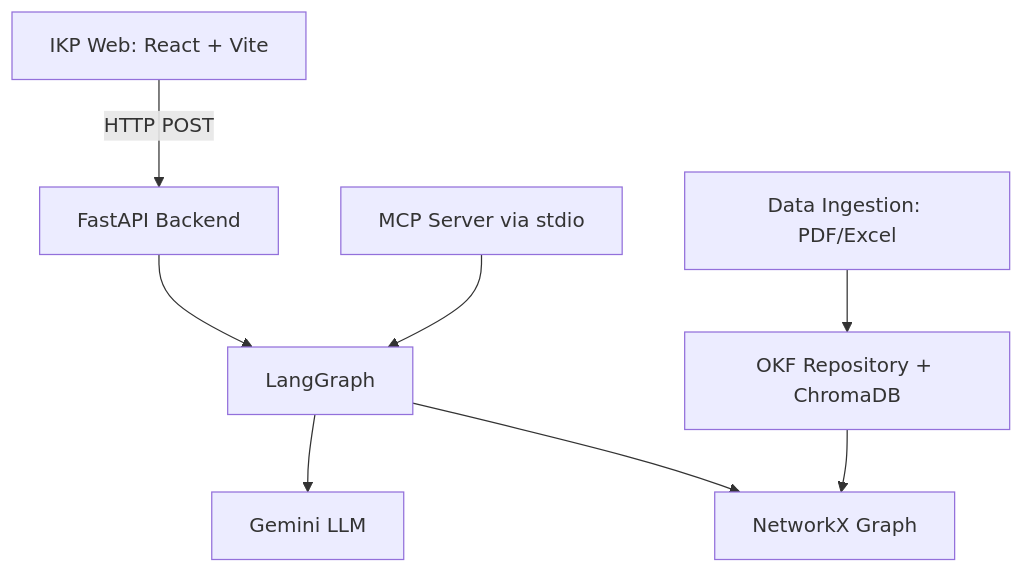
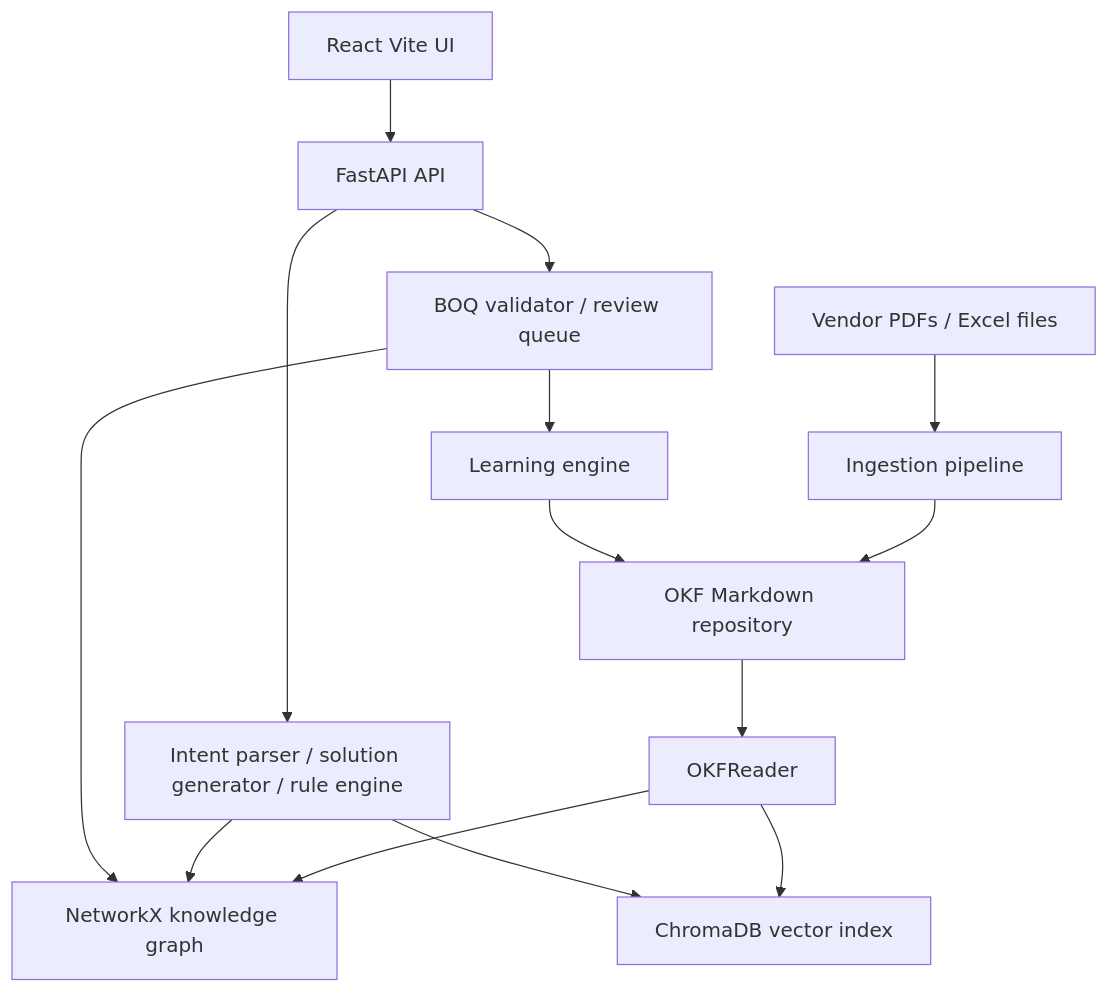
The diagram in ikp_web/public/KT_WALKTHROUGH.md (vinodhsubramanian123/vendorsolution_okf), drawn with Mermaid before and after one commit. The commit also changed other lines of this file and 78 other files, not shown here.

Commit message:
refactor: modularize ingestion pipeline with base adapters and update core platform components and documentation

````diff
--- a/ikp_web/public/KT_WALKTHROUGH.md
+++ b/ikp_web/public/KT_WALKTHROUGH.md
@@ -14,19 +24,16 @@
 ```mermaid
-graph TD
-    UI[IKP Web: React + Vite]
-    API[FastAPI Backend]
-    Workflow[LangGraph]
-    LLM[Gemini LLM]
-    Graph[NetworkX Graph]
-    Ingestion[Data Ingestion: PDF/Excel]
-    Repo[OKF Repository + ChromaDB]
-    MCP[MCP Server via stdio]
-    
-    UI -->|HTTP POST| API
-    API --> Workflow
-    MCP --> Workflow
-    Workflow --> LLM
-    Workflow --> Graph
-    Ingestion --> Repo
-    Repo --> Graph
+flowchart TD
+    PDFs[Vendor PDFs / Excel files] --> Ingestion[Ingestion pipeline]
+    Ingestion --> OKF[OKF Markdown repository]
+    OKF --> Reader[OKFReader]
+    Reader --> Graph[NetworkX knowledge graph]
+    Reader --> Vector[ChromaDB vector index]
+    UI[React Vite UI] --> API[FastAPI API]
+    API --> Reasoning[Intent parser / solution generator / rule engine]
+    API --> Validation[BOQ validator / review queue]
+    Reasoning --> Graph
+    Reasoning --> Vector
+    Validation --> Graph
+    Validation --> Learning[Learning engine]
+    Learning --> OKF
 ```
````
